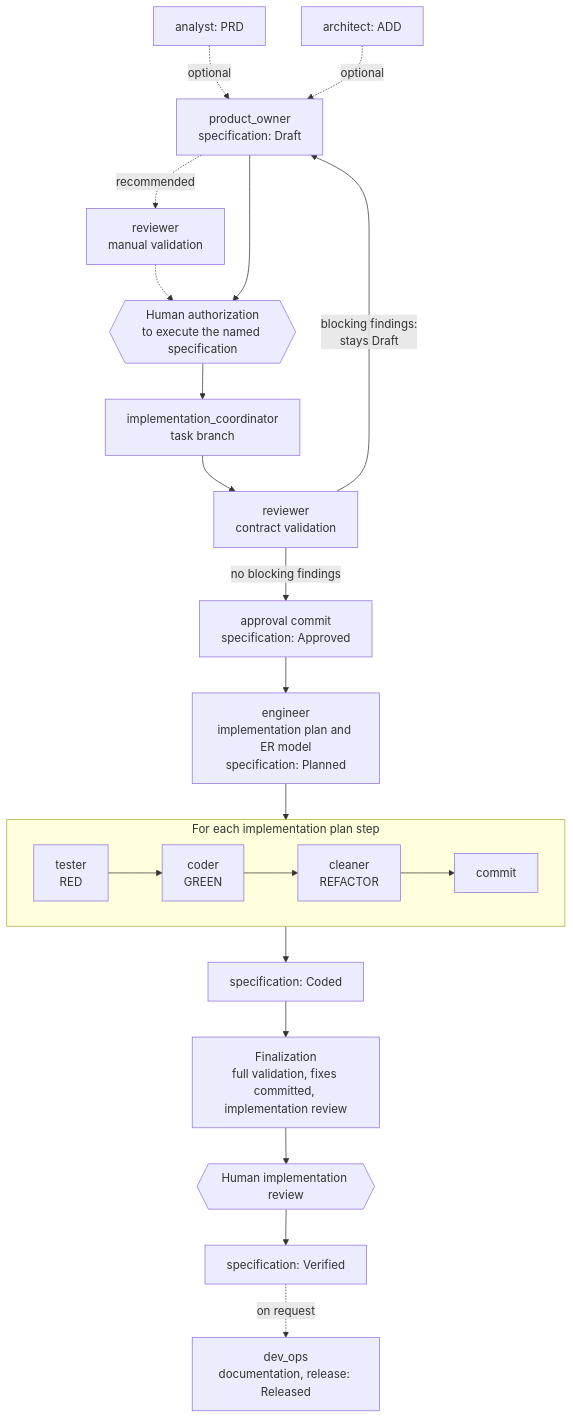
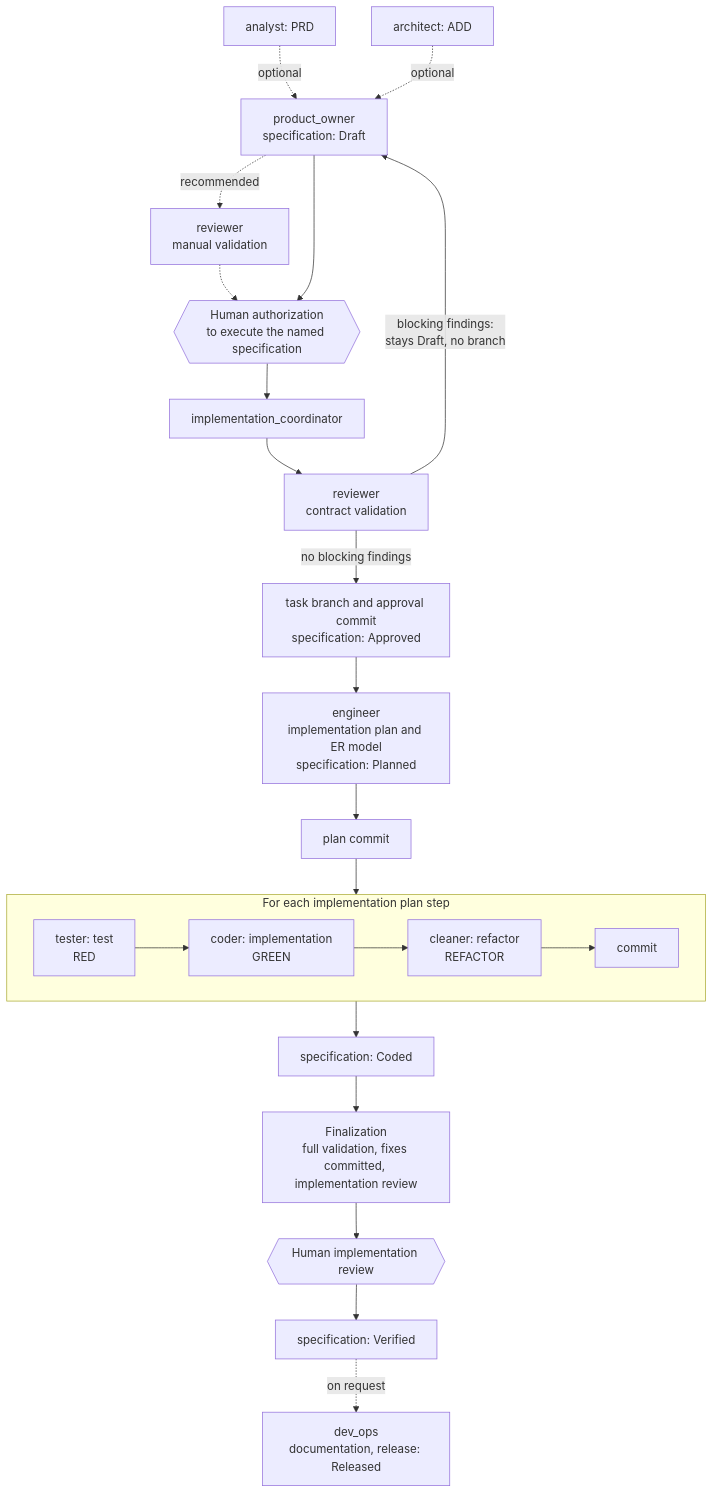
One commit to yocra3/AI_agents changed the first of 2 diagrams in README.md. Above: the diagram before and after it, drawn with Mermaid. The commit also changed other lines of this file and 23 other files, not shown here.

````diff
--- a/README.md
+++ b/README.md
@@ -59,23 +59,24 @@
 ```mermaid
 flowchart TD
     AN["analyst: PRD"] -. optional .-> PO
     AR["architect: ADD"] -. optional .-> PO
     PO["product_owner<br/>specification: Draft"] -. recommended .-> MV["reviewer<br/>manual validation"]
     MV -.-> HA
     PO --> HA{{"Human authorization<br/>to execute the named specification"}}
-    HA --> IC["implementation_coordinator<br/>task branch"]
+    HA --> IC["implementation_coordinator"]
     IC --> RV["reviewer<br/>contract validation"]
-    RV -- "blocking findings:<br/>stays Draft" --> PO
-    RV -- "no blocking findings" --> AP["approval commit<br/>specification: Approved"]
+    RV -- "blocking findings:<br/>stays Draft, no branch" --> PO
+    RV -- "no blocking findings" --> AP["task branch and approval commit<br/>specification: Approved"]
     AP --> EN["engineer<br/>implementation plan and ER model<br/>specification: Planned"]
-    EN --> INC
+    EN --> PC["plan commit"]
+    PC --> INC
     subgraph INC ["For each implementation plan step"]
         direction LR
-        T["tester<br/>RED"] --> C["coder<br/>GREEN"] --> CL["cleaner<br/>REFACTOR"] --> CM["commit"]
+        T["tester: test<br/>RED"] --> C["coder: implementation<br/>GREEN"] --> CL["cleaner: refactor<br/>REFACTOR"] --> CM["commit"]
     end
     INC --> CO["specification: Coded"]
     CO --> FI["Finalization<br/>full validation, fixes committed, implementation review"]
     FI --> HR{{"Human implementation review"}}
     HR --> VE["specification: Verified"]
     VE -. on request .-> DO["dev_ops<br/>documentation, release: Released"]
 ```
````
